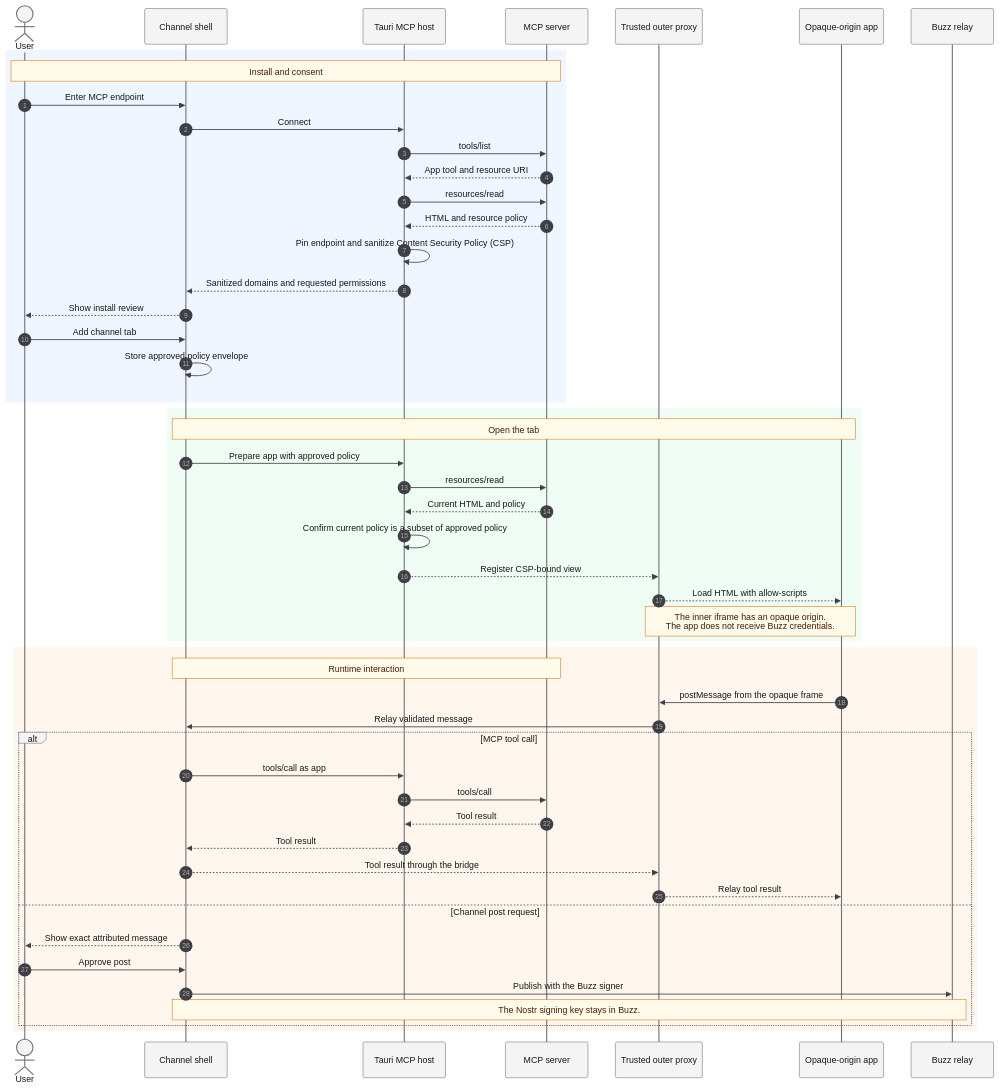
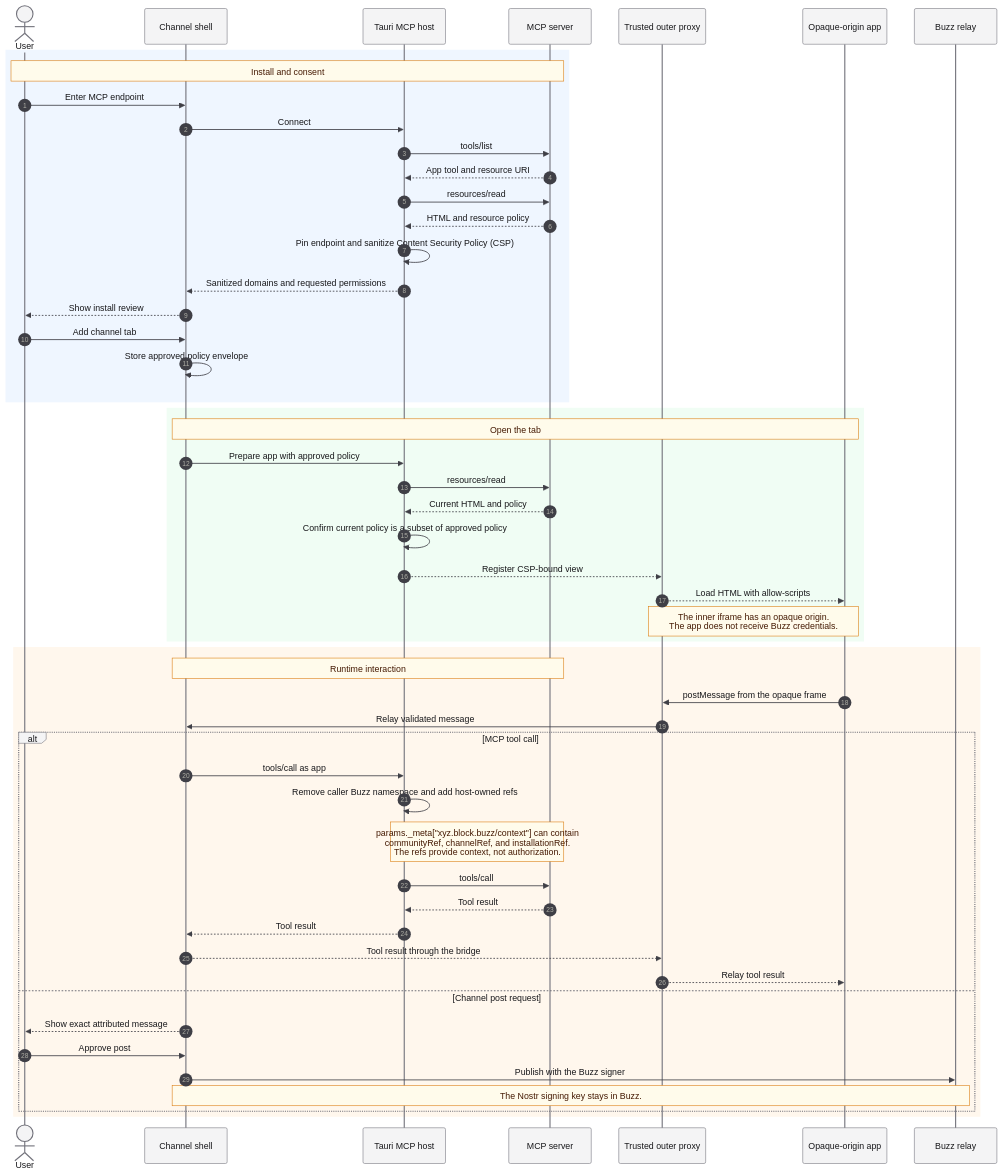
Before and after one commit to block/buzz: the diagram in docs/architecture/mcp-app-channel-host.mmd, drawn with Mermaid. The commit also changed 15 other files, not shown here.

Commit message:
fix(mcp-apps): harden channel app host

```diff
--- a/docs/architecture/mcp-app-channel-host.mmd
+++ b/docs/architecture/mcp-app-channel-host.mmd
@@ -1,70 +1,72 @@
 %%{init: {"theme": "base", "themeVariables": {
   "background": "#ffffff",
   "primaryColor": "#eff6ff",
   "primaryTextColor": "#172554",
   "primaryBorderColor": "#2563eb",
   "lineColor": "#52525b",
   "actorBkg": "#f4f4f5",
   "actorBorder": "#71717a",
   "actorTextColor": "#18181b",
   "signalColor": "#3f3f46",
   "signalTextColor": "#18181b",
   "noteBkgColor": "#fffbeb",
   "noteBorderColor": "#d97706",
   "noteTextColor": "#451a03",
   "fontFamily": "Inter, ui-sans-serif, system-ui, sans-serif"
 }}}%%
 sequenceDiagram
   autonumber
   actor User
   participant Shell as Channel shell
   participant Host as Tauri MCP host
   participant Server as MCP server
   participant Proxy as Trusted outer proxy
   participant App as Opaque-origin app
   participant Relay as Buzz relay
 
   rect rgb(239, 246, 255)
     Note over User,Server: Install and consent
     User->>Shell: Enter MCP endpoint
     Shell->>Host: Connect
     Host->>Server: tools/list
     Server-->>Host: App tool and resource URI
     Host->>Server: resources/read
     Server-->>Host: HTML and resource policy
     Host->>Host: Pin endpoint and sanitize Content Security Policy (CSP)
     Host-->>Shell: Sanitized domains and requested permissions
     Shell-->>User: Show install review
     User->>Shell: Add channel tab
     Shell->>Shell: Store approved policy envelope
   end
 
   rect rgb(240, 253, 244)
     Note over Shell,App: Open the tab
     Shell->>Host: Prepare app with approved policy
     Host->>Server: resources/read
     Server-->>Host: Current HTML and policy
     Host->>Host: Confirm current policy is a subset of approved policy
     Host-->>Proxy: Register CSP-bound view
     Proxy-->>App: Load HTML with allow-scripts
     Note over Proxy,App: The inner iframe has an opaque origin.<br/>The app does not receive Buzz credentials.
   end
 
   rect rgb(255, 247, 237)
     Note over Shell,Server: Runtime interaction
     App->>Proxy: postMessage from the opaque frame
     Proxy->>Shell: Relay validated message
     alt MCP tool call
       Shell->>Host: tools/call as app
+      Host->>Host: Remove caller Buzz namespace and add host-owned refs
+      Note over Host,Server: params._meta["xyz.block.buzz/context"] can contain<br/>communityRef, channelRef, and installationRef.<br/>The refs provide context, not authorization.
       Host->>Server: tools/call
       Server-->>Host: Tool result
       Host-->>Shell: Tool result
       Shell-->>Proxy: Tool result through the bridge
       Proxy-->>App: Relay tool result
     else Channel post request
       Shell-->>User: Show exact attributed message
       User->>Shell: Approve post
       Shell->>Relay: Publish with the Buzz signer
       Note over Shell,Relay: The Nostr signing key stays in Buzz.
     end
   end
```
